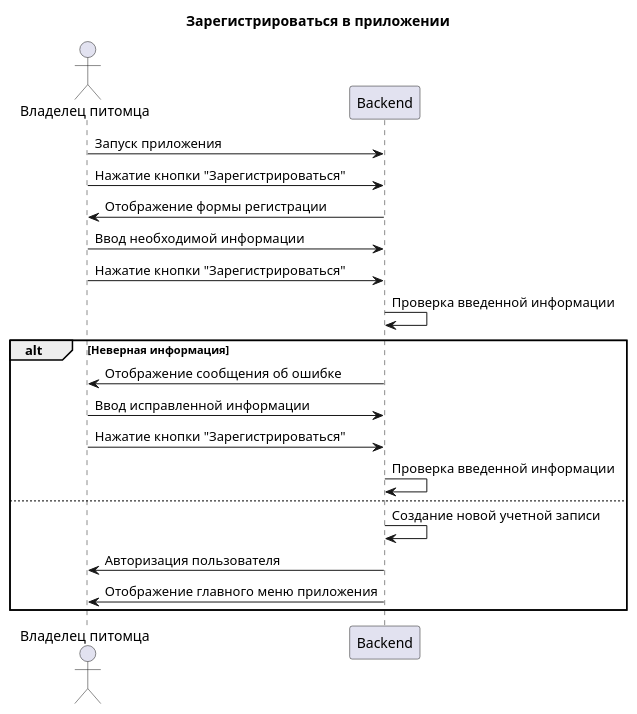
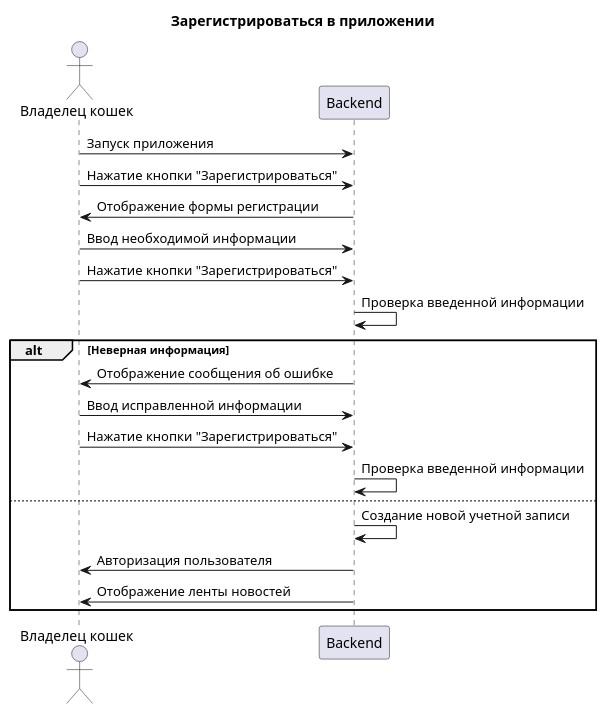
One commit to nikitcat/requirements.github.io changed the diagram in src/docs/asciidoc/uml/sign.puml. Above: the diagram before and after it, drawn with PlantUML. The commit also changed 6 other files, not shown here.

```diff
--- a/src/docs/asciidoc/uml/sign.puml
+++ b/src/docs/asciidoc/uml/sign.puml
@@ -1,24 +1,24 @@
 @startuml
 title Зарегистрироваться в приложении
 
-actor "Владелец питомца" as guest
+actor "Владелец кошек" as guest
 participant "Backend" as Backend
 
 guest -> Backend: Запуск приложения
 guest -> Backend: Нажатие кнопки "Зарегистрироваться"
 Backend -> guest: Отображение формы регистрации
 guest -> Backend: Ввод необходимой информации
 guest -> Backend: Нажатие кнопки "Зарегистрироваться"
 Backend -> Backend: Проверка введенной информации
 
 alt Неверная информация
   Backend-> guest: Отображение сообщения об ошибке
   guest -> Backend: Ввод исправленной информации
   guest -> Backend: Нажатие кнопки "Зарегистрироваться"
   Backend -> Backend: Проверка введенной информации
 else
   Backend -> Backend: Создание новой учетной записи
   Backend -> guest: Авторизация пользователя
-  Backend -> guest: Отображение главного меню приложения
+  Backend -> guest: Отображение ленты новостей
 end
 @enduml
```
